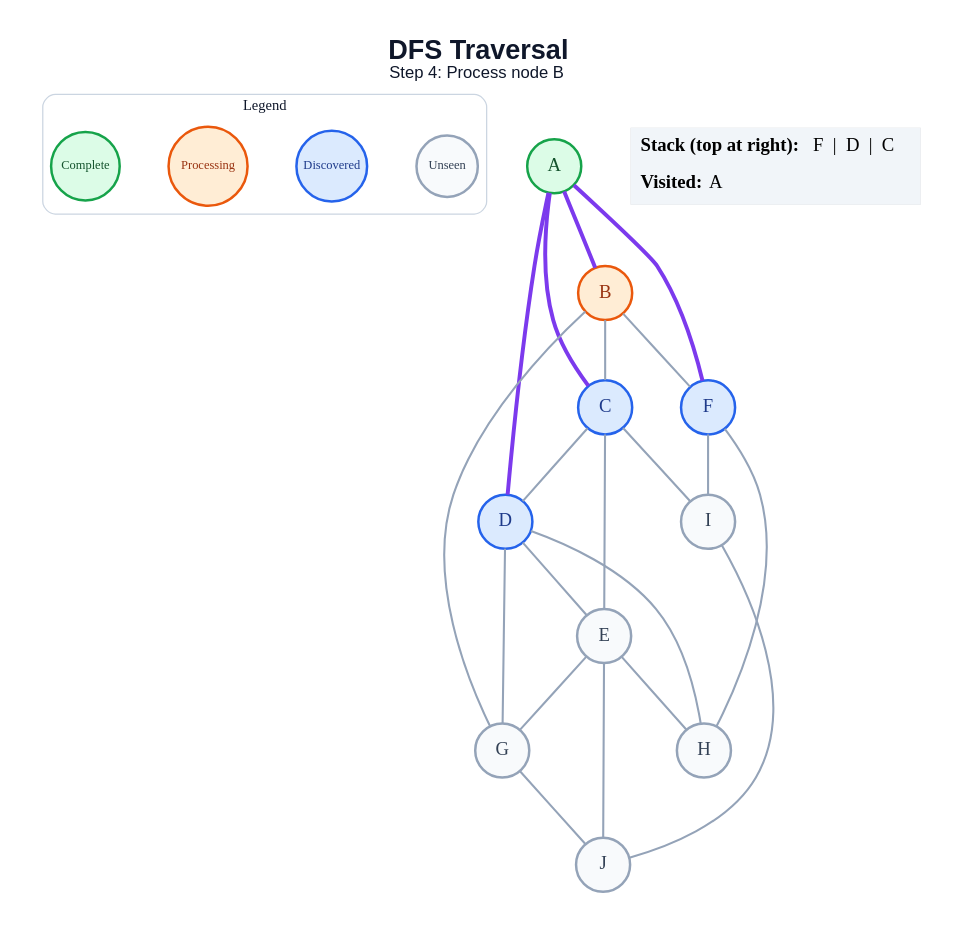
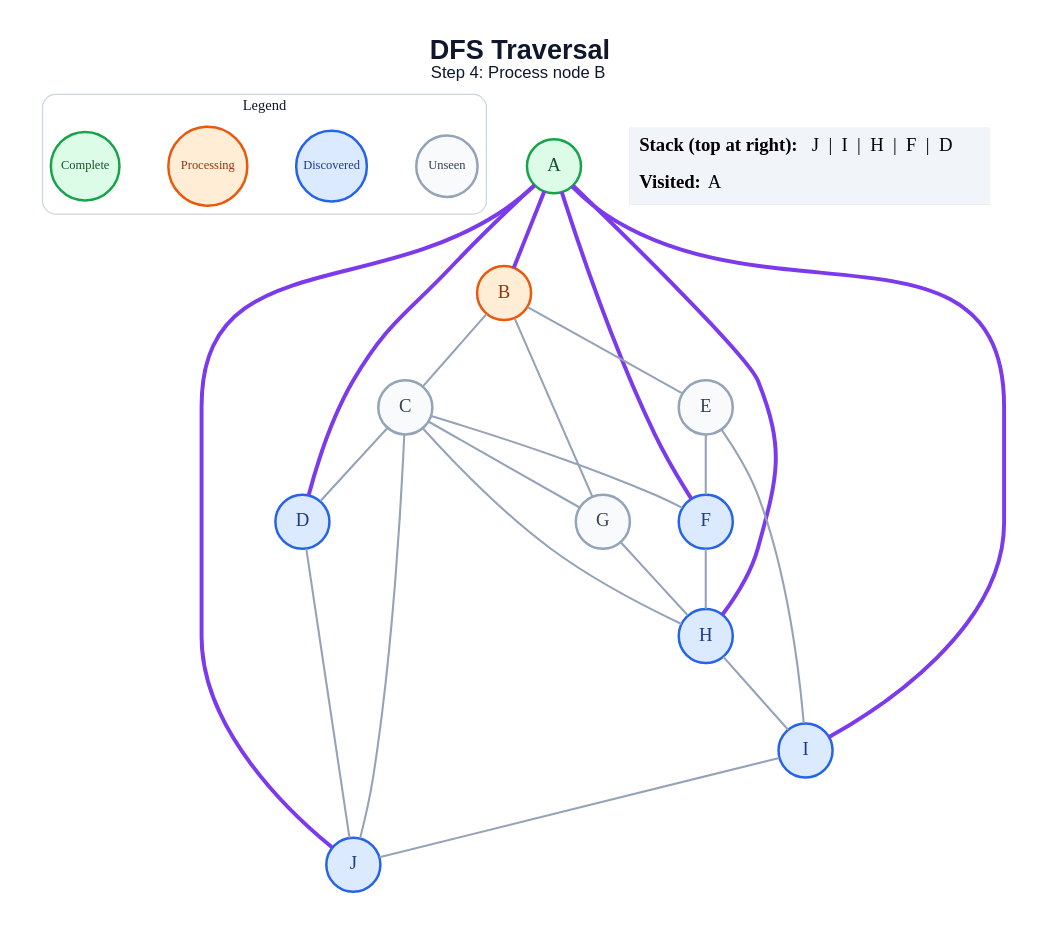
The diagram in generated/dfs/step_04.dot (anon7238593-create/ai-slop), drawn with Graphviz before and after one commit. The commit also changed 178 other files, not shown here.

```diff
--- a/generated/dfs/step_04.dot
+++ b/generated/dfs/step_04.dot
@@ -1,49 +1,50 @@
 graph traversal {
   graph [layout=dot, rankdir=TB, bgcolor="#FFFFFF", pad="0.35", nodesep="0.65", ranksep="0.8", fontname="Arial"];
   node [shape=circle, style="filled", fontname="Arial Bold", fontsize=18, width=0.72, fixedsize=true, penwidth=2.4];
   edge [color="#94A3B8", penwidth=2.0];
   label=<<B>DFS Traversal</B><BR/><FONT POINT-SIZE="16">Step 4: Process node B</FONT>>; labelloc="t"; fontsize=26; fontname="Arial"; fontcolor="#0F172A";
   subgraph cluster_legend { label="Legend"; color="#CBD5E1"; penwidth=1.2; style="rounded"; fontsize=14; fontname="Arial Bold";
     key_unseen [label="Unseen", fillcolor="#F8FAFC", color="#94A3B8", fontcolor="#334155", fontsize=12, width=0.82];
     key_frontier [label="Discovered", fillcolor="#DBEAFE", color="#2563EB", fontcolor="#1E3A8A", fontsize=12, width=0.95];
     key_current [label="Processing", fillcolor="#FFEDD5", color="#EA580C", fontcolor="#9A3412", fontsize=12, width=1.05];
     key_done [label="Complete", fillcolor="#DCFCE7", color="#16A34A", fontcolor="#14532D", fontsize=12, width=0.92];
     { rank=same; key_unseen; key_frontier; key_current; key_done; }
   }
   A [fillcolor="#DCFCE7", color="#16A34A", fontcolor="#14532D"];
   B [fillcolor="#FFEDD5", color="#EA580C", fontcolor="#9A3412"];
-  C [fillcolor="#DBEAFE", color="#2563EB", fontcolor="#1E3A8A"];
+  C [fillcolor="#F8FAFC", color="#94A3B8", fontcolor="#334155"];
   D [fillcolor="#DBEAFE", color="#2563EB", fontcolor="#1E3A8A"];
   E [fillcolor="#F8FAFC", color="#94A3B8", fontcolor="#334155"];
   F [fillcolor="#DBEAFE", color="#2563EB", fontcolor="#1E3A8A"];
   G [fillcolor="#F8FAFC", color="#94A3B8", fontcolor="#334155"];
-  H [fillcolor="#F8FAFC", color="#94A3B8", fontcolor="#334155"];
-  I [fillcolor="#F8FAFC", color="#94A3B8", fontcolor="#334155"];
-  J [fillcolor="#F8FAFC", color="#94A3B8", fontcolor="#334155"];
+  H [fillcolor="#DBEAFE", color="#2563EB", fontcolor="#1E3A8A"];
+  I [fillcolor="#DBEAFE", color="#2563EB", fontcolor="#1E3A8A"];
+  J [fillcolor="#DBEAFE", color="#2563EB", fontcolor="#1E3A8A"];
   A -- B [color="#7C3AED", penwidth=3.8];
-  A -- C [color="#7C3AED", penwidth=3.8];
   A -- D [color="#7C3AED", penwidth=3.8];
   A -- F [color="#7C3AED", penwidth=3.8];
+  A -- H [color="#7C3AED", penwidth=3.8];
+  A -- I [color="#7C3AED", penwidth=3.8];
+  A -- J [color="#7C3AED", penwidth=3.8];
   B -- C;
-  B -- F;
+  B -- E;
   B -- G;
   C -- D;
-  C -- E;
-  C -- I;
-  D -- E;
-  D -- G;
-  D -- H;
-  E -- G;
-  E -- H;
-  E -- J;
+  C -- F;
+  C -- G;
+  C -- H;
+  C -- J;
+  D -- J;
+  E -- F;
+  E -- I;
   F -- H;
-  F -- I;
-  G -- J;
+  G -- H;
+  H -- I;
   I -- J;
   status [shape=plain, fixedsize=false, width=0, height=0, margin=0, label=<
     <TABLE BORDER="0" CELLBORDER="0" CELLPADDING="7" BGCOLOR="#F1F5F9">
-      <TR><TD ALIGN="LEFT"><B>Stack (top at right):</B> F  |  D  |  C</TD></TR>
+      <TR><TD ALIGN="LEFT"><B>Stack (top at right):</B> J  |  I  |  H  |  F  |  D</TD></TR>
       <TR><TD ALIGN="LEFT"><B>Visited:</B> A</TD></TR>
     </TABLE>
   >];
 }
```
